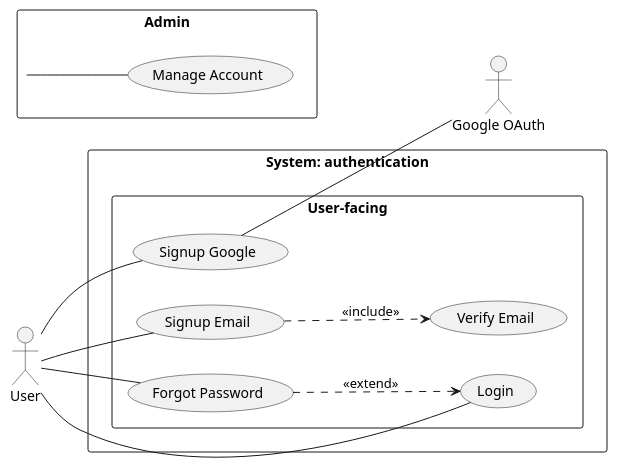
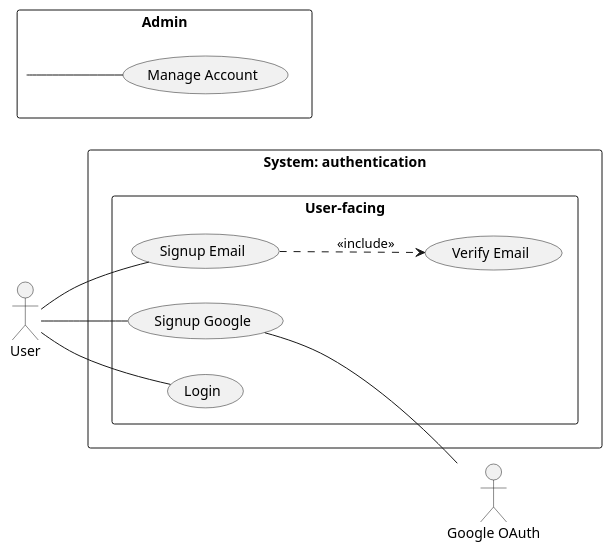
Before and after one commit to sunnynguyen196/Tool-Kit_New: the first of 2 diagrams in .agents/skills/usecase-diagram/SKILL.md, drawn with PlantUML. The commit also changed other lines of this file and 101 other files, not shown here.

````diff
--- a/.agents/skills/usecase-diagram/SKILL.md
+++ b/.agents/skills/usecase-diagram/SKILL.md
@@ -104,34 +150,31 @@
 ```plantuml
 @startuml
 left to right direction
 skinparam packageStyle rectangle
 
 actor User
 actor Admin
 actor "Google OAuth" as Google
 
 rectangle "System: authentication" {
   package "User-facing" {
     usecase "Signup Email" as UC1
     usecase "Signup Google" as UC2
     usecase "Login" as UC3
     usecase "Verify Email" as UC4
-    usecase "Forgot Password" as UC5
   }
 
   package "Admin" {
     usecase "Manage Account" as UC6
   }
 }
 
 User -- UC1
 User -- UC2
 User -- UC3
-User -- UC5
 Admin -- UC6
 UC2 -- Google
 
 UC1 ..> UC4 : <<include>>
-UC5 ..> UC3 : <<extend>>
 @enduml
 ```
````
